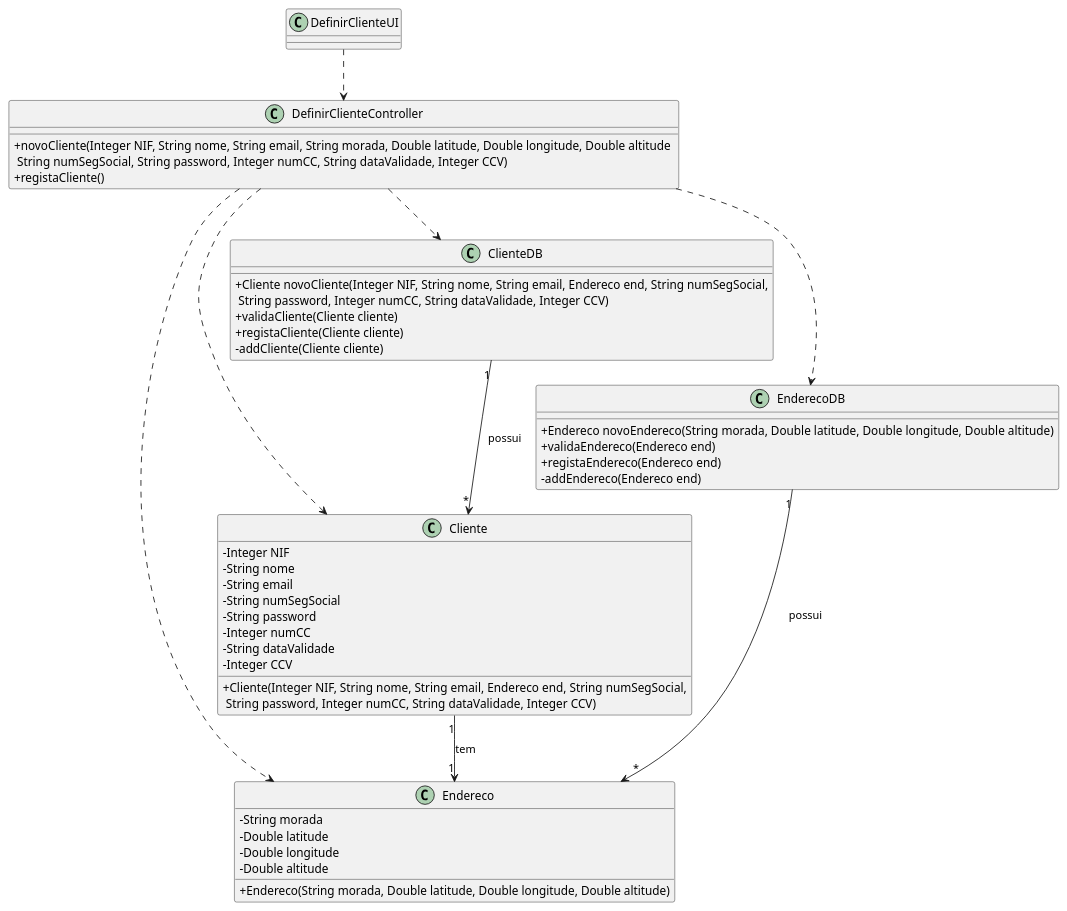
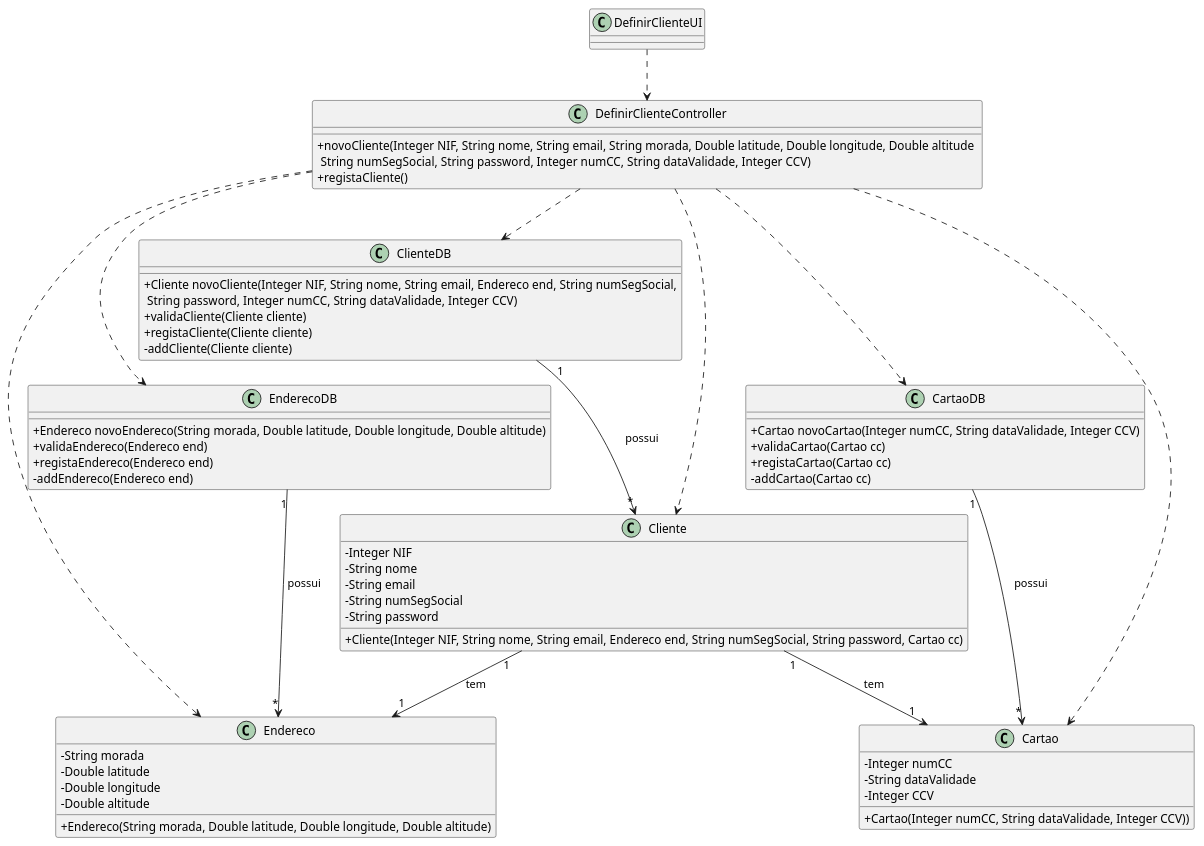
Before and after one commit to pedrolemos4/LAPR3: the diagram in docs/UC7/CD-REGISTAR CLIENTE.puml, drawn with PlantUML. The commit also changed 3 other files, not shown here.

```diff
--- a/docs/UC7/CD-REGISTAR CLIENTE.puml
+++ b/docs/UC7/CD-REGISTAR CLIENTE.puml
@@ -1,58 +1,73 @@
 @startuml
 skinparam classAttributeIconSize 0
 
 class Cliente {
   -Integer NIF
   -String nome
   -String email
   -String numSegSocial
   -String password
-  -Integer numCC
-  -String dataValidade
-  -Integer CCV
-  +Cliente(Integer NIF, String nome, String email, Endereco end, String numSegSocial,\n String password, Integer numCC, String dataValidade, Integer CCV)
+  +Cliente(Integer NIF, String nome, String email, Endereco end, String numSegSocial, String password, Cartao cc)
 }
 
 class Endereco {
   -String morada
   -Double latitude
   -Double longitude
   -Double altitude 
   +Endereco(String morada, Double latitude, Double longitude, Double altitude)
+}
+
+class Cartao {
+  -Integer numCC
+  -String dataValidade
+  -Integer CCV
+  +Cartao(Integer numCC, String dataValidade, Integer CCV))
 }
 
 class ClienteDB {
   +Cliente novoCliente(Integer NIF, String nome, String email, Endereco end, String numSegSocial,\n String password, Integer numCC, String dataValidade, Integer CCV)
   +validaCliente(Cliente cliente)
   +registaCliente(Cliente cliente)
   -addCliente(Cliente cliente)
 }
 
 class EnderecoDB {
   +Endereco novoEndereco(String morada, Double latitude, Double longitude, Double altitude)
   +validaEndereco(Endereco end)
   +registaEndereco(Endereco end)
   -addEndereco(Endereco end)
 }
 
+class CartaoDB {
+  +Cartao novoCartao(Integer numCC, String dataValidade, Integer CCV)
+  +validaCartao(Cartao cc)
+  +registaCartao(Cartao cc)
+  -addCartao(Cartao cc)
+}
+
 class DefinirClienteController {
   +novoCliente(Integer NIF, String nome, String email, String morada, Double latitude, Double longitude, Double altitude \n String numSegSocial, String password, Integer numCC, String dataValidade, Integer CCV)
   +registaCliente()
 }
 
 class DefinirClienteUI {
   
 }
 
 DefinirClienteUI ..> DefinirClienteController
 DefinirClienteController ..> ClienteDB
 DefinirClienteController ..> EnderecoDB
+DefinirClienteController ..> CartaoDB
 DefinirClienteController ..> Cliente
 DefinirClienteController ..> Endereco
+DefinirClienteController ..> Cartao
 
 ClienteDB "1" --> "*" Cliente : possui
 EnderecoDB "1" --> "*" Endereco : possui
+CartaoDB "1" --> "*" Cartao : possui
 Cliente "1" --> "1" Endereco : tem
+Cliente "1" --> "1" Cartao : tem
 
 
 @enduml
```
